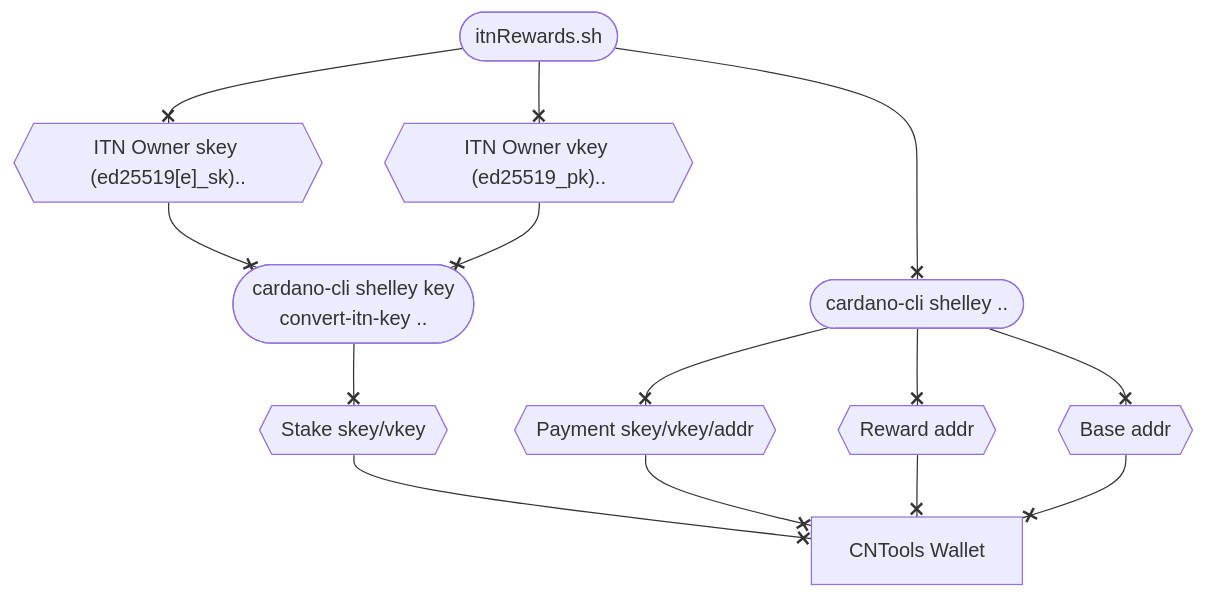
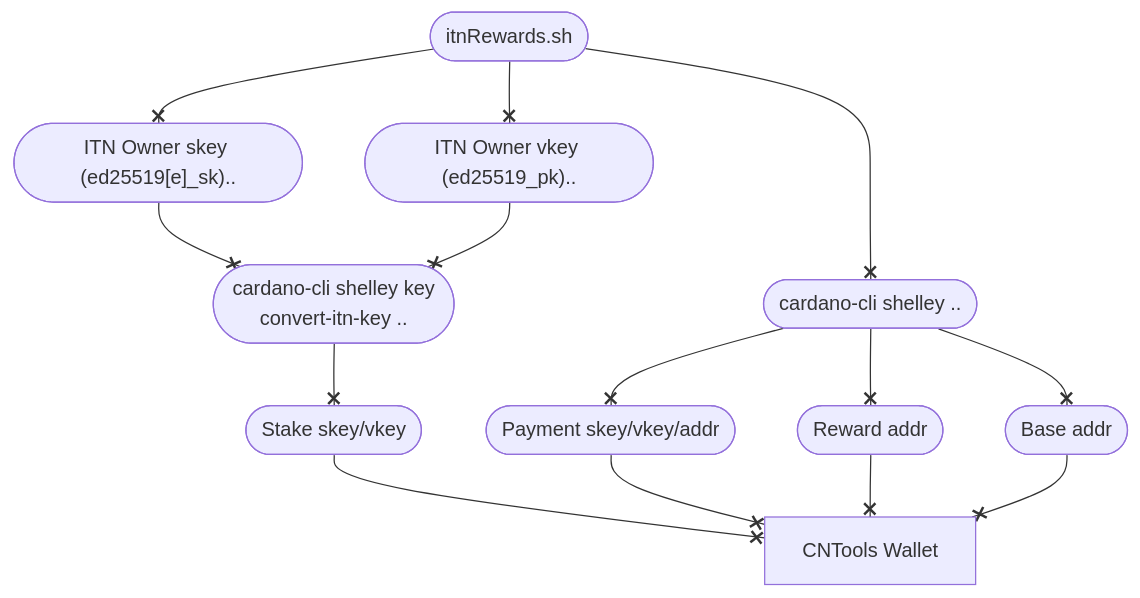
The diagram in docs/Scripts/itnrewards.md (cardano-community/guild-operators), drawn with Mermaid before and after one commit. The commit also changed other lines of this file and 54 other files, not shown here.

````diff
--- a/docs/Scripts/itnrewards.md
+++ b/docs/Scripts/itnrewards.md
@@ -8,13 +5,13 @@
 ```mermaid
 graph TB
     A(["itnRewards.sh"])
-    A --x B{{"ITN Owner skey (ed25519[e]_sk).."}} --x D(["cardano-cli shelley key <br>convert-itn-key .."])
-    A --x C{{"ITN Owner vkey (ed25519_pk).."}} --x D
-    D --x E{{"Stake skey/vkey"}} --x L
+    A --x B(["ITN Owner skey (ed25519[e]_sk).."]) --x D(["cardano-cli shelley key <br>convert-itn-key .."])
+    A --x C(["ITN Owner vkey (ed25519_pk).."]) --x D
+    D --x E(["Stake skey/vkey"]) --x L
     A --x F(["cardano-cli shelley .."])
-    F --x G{{"Payment skey/vkey/addr"}} --x L
-    F --x H{{"Reward addr"}} --x L
-    F --x I{{"Base addr"}} --x L
+    F --x G(["Payment skey/vkey/addr"]) --x L
+    F --x H(["Reward addr"]) --x L
+    F --x I(["Base addr"]) --x L
     L[CNTools Wallet]
     ;
 ```
````
